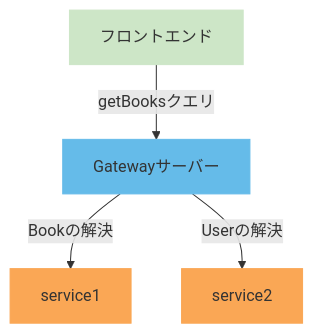
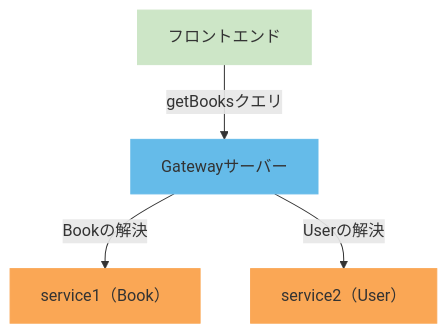
Before and after one commit to taku-271/zenn-article: the third of 3 diagrams in articles/graphql-federation.md, drawn with Mermaid. The commit also changed other lines of this file, not shown here.

````diff
--- a/articles/graphql-federation.md
+++ b/articles/graphql-federation.md
@@ -321,10 +285,10 @@
 ```mermaid
 graph
     A[フロントエンド] --> |getBooksクエリ| B[Gatewayサーバー]
-    B --> |Bookの解決| C[service1]
-    B --> |Userの解決| D[service2]
+    B --> |Bookの解決| C[service1（Book）]
+    B --> |Userの解決| D[service2（User）]
     style A fill:#CDE6C7,stroke:#CDE6C7
     style B fill:#65BBE9,stroke:#65BBE9
     style C fill:#FAA755,stroke:#FAA755
     style D fill:#FAA755,stroke:#FAA755
 ```
````
